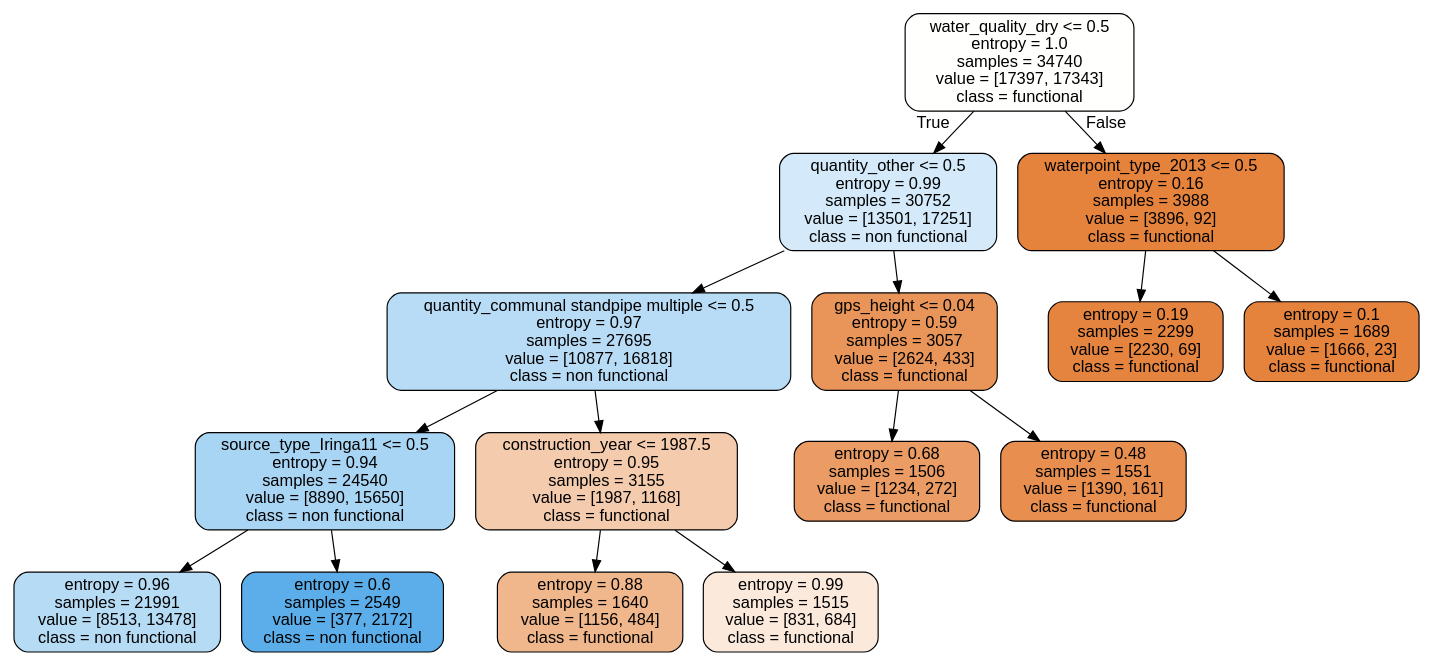
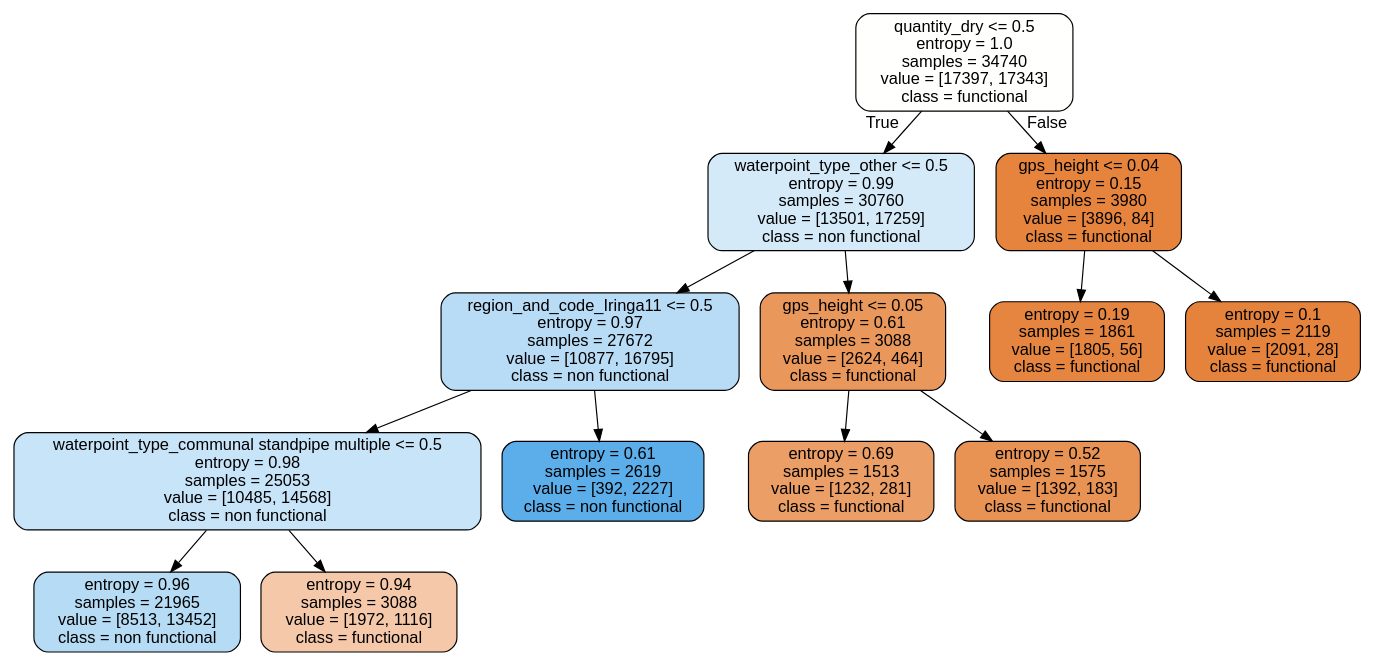
Before and after one commit to Silkways/Tanzania-Water-Project: the diagram in tree.dot, drawn with Graphviz. The commit also changed 14 other files, not shown here.

```diff
--- a/tree.dot
+++ b/tree.dot
@@ -1,33 +1,29 @@
 digraph Tree {
 node [shape=box, style="filled, rounded", color="black", fontname=helvetica] ;
 edge [fontname=helvetica] ;
-0 [label="water_quality_dry <= 0.5\nentropy = 1.0\nsamples = 34740\nvalue = [17397, 17343]\nclass = functional", fillcolor="#e5813901"] ;
-1 [label="quantity_other <= 0.5\nentropy = 0.99\nsamples = 30752\nvalue = [13501, 17251]\nclass = non functional", fillcolor="#399de537"] ;
+0 [label="quantity_dry <= 0.5\nentropy = 1.0\nsamples = 34740\nvalue = [17397, 17343]\nclass = functional", fillcolor="#fffffe"] ;
+1 [label="waterpoint_type_other <= 0.5\nentropy = 0.99\nsamples = 30760\nvalue = [13501, 17259]\nclass = non functional", fillcolor="#d4eaf9"] ;
 0 -> 1 [labeldistance=2.5, labelangle=45, headlabel="True"] ;
-2 [label="quantity_communal standpipe multiple <= 0.5\nentropy = 0.97\nsamples = 27695\nvalue = [10877, 16818]\nclass = non functional", fillcolor="#399de55a"] ;
+2 [label="region_and_code_Iringa11 <= 0.5\nentropy = 0.97\nsamples = 27672\nvalue = [10877, 16795]\nclass = non functional", fillcolor="#b9dcf6"] ;
 1 -> 2 ;
-3 [label="source_type_Iringa11 <= 0.5\nentropy = 0.94\nsamples = 24540\nvalue = [8890, 15650]\nclass = non functional", fillcolor="#399de56e"] ;
+3 [label="waterpoint_type_communal standpipe multiple <= 0.5\nentropy = 0.98\nsamples = 25053\nvalue = [10485, 14568]\nclass = non functional", fillcolor="#c8e4f8"] ;
 2 -> 3 ;
-4 [label="entropy = 0.96\nsamples = 21991\nvalue = [8513, 13478]\nclass = non functional", fillcolor="#399de55e"] ;
+4 [label="entropy = 0.96\nsamples = 21965\nvalue = [8513, 13452]\nclass = non functional", fillcolor="#b6dbf5"] ;
 3 -> 4 ;
-5 [label="entropy = 0.6\nsamples = 2549\nvalue = [377, 2172]\nclass = non functional", fillcolor="#399de5d3"] ;
+5 [label="entropy = 0.94\nsamples = 3088\nvalue = [1972, 1116]\nclass = functional", fillcolor="#f4c8a9"] ;
 3 -> 5 ;
-6 [label="construction_year <= 1987.5\nentropy = 0.95\nsamples = 3155\nvalue = [1987, 1168]\nclass = functional", fillcolor="#e5813969"] ;
+6 [label="entropy = 0.61\nsamples = 2619\nvalue = [392, 2227]\nclass = non functional", fillcolor="#5caeea"] ;
 2 -> 6 ;
-7 [label="entropy = 0.88\nsamples = 1640\nvalue = [1156, 484]\nclass = functional", fillcolor="#e5813994"] ;
-6 -> 7 ;
-8 [label="entropy = 0.99\nsamples = 1515\nvalue = [831, 684]\nclass = functional", fillcolor="#e581392d"] ;
-6 -> 8 ;
-9 [label="gps_height <= 0.04\nentropy = 0.59\nsamples = 3057\nvalue = [2624, 433]\nclass = functional", fillcolor="#e58139d5"] ;
-1 -> 9 ;
-10 [label="entropy = 0.68\nsamples = 1506\nvalue = [1234, 272]\nclass = functional", fillcolor="#e58139c7"] ;
-9 -> 10 ;
-11 [label="entropy = 0.48\nsamples = 1551\nvalue = [1390, 161]\nclass = functional", fillcolor="#e58139e1"] ;
-9 -> 11 ;
-12 [label="waterpoint_type_2013 <= 0.5\nentropy = 0.16\nsamples = 3988\nvalue = [3896, 92]\nclass = functional", fillcolor="#e58139f9"] ;
-0 -> 12 [labeldistance=2.5, labelangle=-45, headlabel="False"] ;
-13 [label="entropy = 0.19\nsamples = 2299\nvalue = [2230, 69]\nclass = functional", fillcolor="#e58139f7"] ;
-12 -> 13 ;
-14 [label="entropy = 0.1\nsamples = 1689\nvalue = [1666, 23]\nclass = functional", fillcolor="#e58139fb"] ;
-12 -> 14 ;
+7 [label="gps_height <= 0.05\nentropy = 0.61\nsamples = 3088\nvalue = [2624, 464]\nclass = functional", fillcolor="#ea975c"] ;
+1 -> 7 ;
+8 [label="entropy = 0.69\nsamples = 1513\nvalue = [1232, 281]\nclass = functional", fillcolor="#eb9e66"] ;
+7 -> 8 ;
+9 [label="entropy = 0.52\nsamples = 1575\nvalue = [1392, 183]\nclass = functional", fillcolor="#e89253"] ;
+7 -> 9 ;
+10 [label="gps_height <= 0.04\nentropy = 0.15\nsamples = 3980\nvalue = [3896, 84]\nclass = functional", fillcolor="#e6843d"] ;
+0 -> 10 [labeldistance=2.5, labelangle=-45, headlabel="False"] ;
+11 [label="entropy = 0.19\nsamples = 1861\nvalue = [1805, 56]\nclass = functional", fillcolor="#e6853f"] ;
+10 -> 11 ;
+12 [label="entropy = 0.1\nsamples = 2119\nvalue = [2091, 28]\nclass = functional", fillcolor="#e5833c"] ;
+10 -> 12 ;
 }
```
